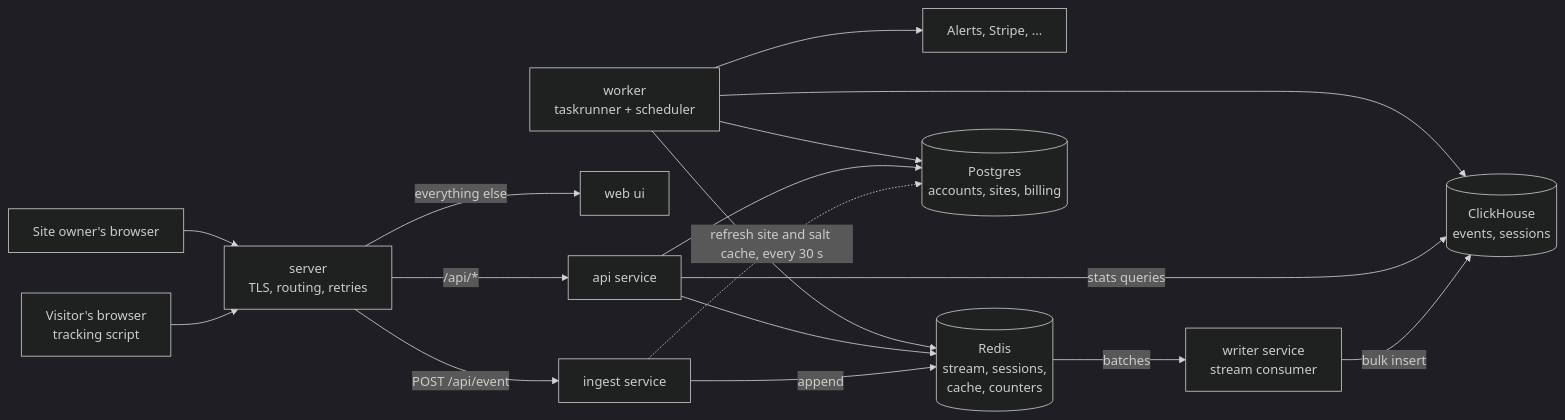
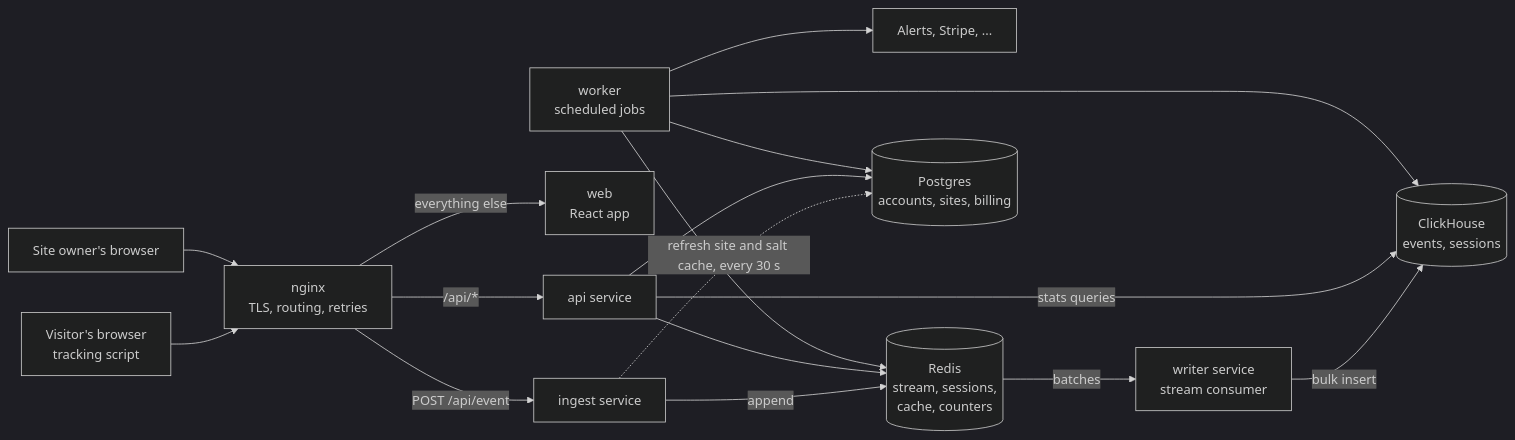
Before and after one commit to AntonBurduzha/mieru: the second of 8 diagrams in docs/architecture.md, drawn with Mermaid (dark theme). The commit also changed other lines of this file and 1 other file, not shown here.

First line of the commit message:
docs: product spec and MVP scope; design moves to nginx, React and no Lua

````diff
--- a/docs/architecture.md
+++ b/docs/architecture.md
@@ -105,33 +107,33 @@
 ```mermaid
 flowchart LR
     V["Visitor's browser<br/>tracking script"]
     O["Site owner's browser"]
     EXT["Alerts, Stripe, ..."]
 
-	CD["server<br/>TLS, routing, retries"]
+	CD["nginx<br/>TLS, routing, retries"]
 	ING["ingest service"]
-	WEB["web ui"]
+	WEB["web<br/>React app"]
 	API["api service"]
 	WR["writer service<br/>stream consumer"]
-	WK["worker<br/>taskrunner + scheduler"]
+	WK["worker<br/>scheduled jobs"]
 	RD[("Redis<br/>stream, sessions,<br/>cache, counters")]
 	PG[("Postgres<br/>accounts, sites, billing")]
 	CH[("ClickHouse<br/>events, sessions")]
 
     V --> CD
     O --> CD
     CD -->|"POST /api/event"| ING
     CD -->|"/api/*"| API
     CD -->|"everything else"| WEB
     ING -->|"append"| RD
     ING -.->|"refresh site and salt cache, every 30 s"| PG
     RD -->|"batches"| WR
     WR -->|"bulk insert"| CH
     API --> PG
     API -->|"stats queries"| CH
     API --> RD
     WK --> PG
     WK --> CH
     WK --> RD
     WK --> EXT
 ```
````
